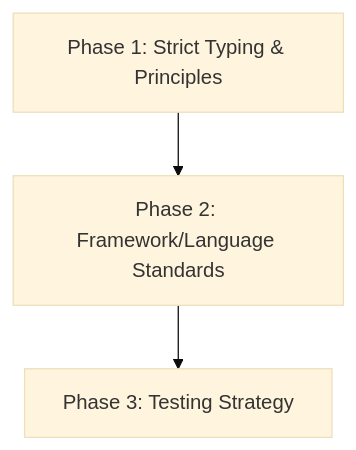
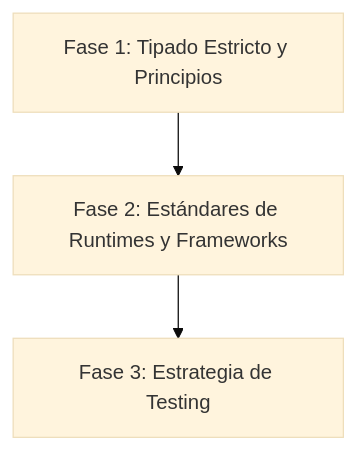
Before and after one commit to gonzoblasco/ai-developer-stack: the diagram in languages-standards/README.md, drawn with Mermaid (base theme). The commit also changed other lines of this file and 15 other files, not shown here.

````diff
--- a/languages-standards/README.md
+++ b/languages-standards/README.md
@@ -13,5 +13,5 @@
 ```mermaid
 graph TD
-    A[Phase 1: Strict Typing & Principles] --> B[Phase 2: Framework/Language Standards]
-    B --> C[Phase 3: Testing Strategy]
+    A[Fase 1: Tipado Estricto y Principios] --> B[Fase 2: Estándares de Runtimes y Frameworks]
+    B --> C[Fase 3: Estrategia de Testing]
 ```
````
